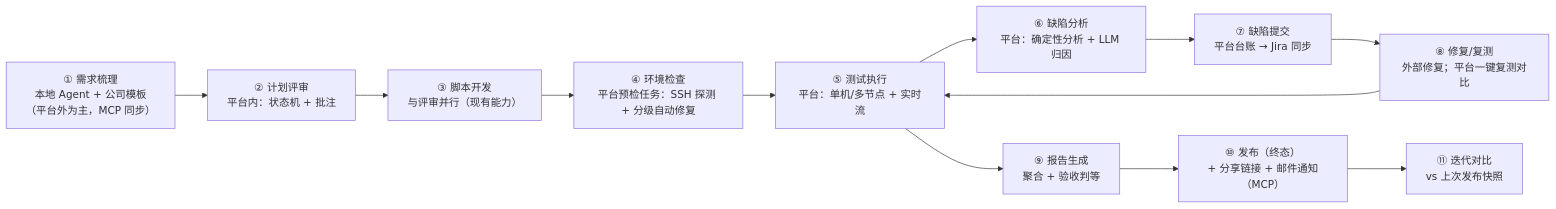
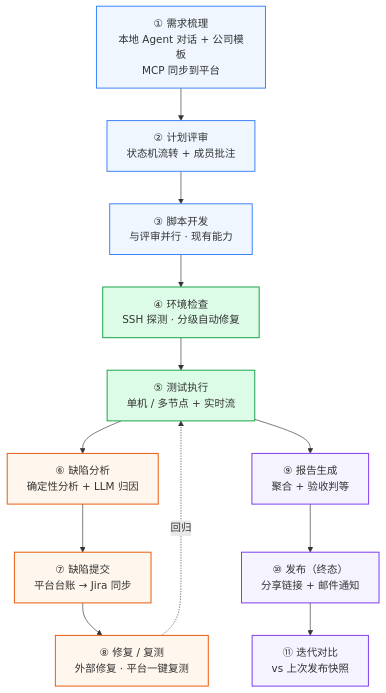
The second of 2 diagrams in docs/architecture-and-roadmap.md (wangk123/performance-test-platform), drawn with Mermaid before and after one commit. The commit also changed other lines of this file, not shown here.

First line of the commit message:
docs：重绘架构图——全景图分层着色，闭环图按阶段配色

````diff
--- a/docs/architecture-and-roadmap.md
+++ b/docs/architecture-and-roadmap.md
@@ -91,14 +112,23 @@
 ```mermaid
-flowchart LR
-    A["① 需求梳理<br/>本地 Agent + 公司模板<br/>（平台外为主，MCP 同步）"] --> B["② 计划评审<br/>平台内：状态机 + 批注"]
-    B --> S["③ 脚本开发<br/>与评审并行（现有能力）"]
-    S --> C["④ 环境检查<br/>平台预检任务：SSH 探测 + 分级自动修复"]
-    C --> D["⑤ 测试执行<br/>平台：单机/多节点 + 实时流"]
-    D --> E["⑥ 缺陷分析<br/>平台：确定性分析 + LLM 归因"]
+flowchart TB
+    A["① 需求梳理<br/>本地 Agent 对话 + 公司模板<br/>MCP 同步到平台"] --> B["② 计划评审<br/>状态机流转 + 成员批注"]
+    B --> S["③ 脚本开发<br/>与评审并行 · 现有能力"]
+    S --> C["④ 环境检查<br/>SSH 探测 · 分级自动修复"]
+    C --> D["⑤ 测试执行<br/>单机 / 多节点 + 实时流"]
+    D --> E["⑥ 缺陷分析<br/>确定性分析 + LLM 归因"]
     E --> F["⑦ 缺陷提交<br/>平台台账 → Jira 同步"]
-    F --> G["⑧ 修复/复测<br/>外部修复；平台一键复测对比"]
-    G --> D
+    F --> G["⑧ 修复 / 复测<br/>外部修复 · 平台一键复测"]
+    G -. 回归 .-> D
     D --> H["⑨ 报告生成<br/>聚合 + 验收判等"]
-    H --> I["⑩ 发布（终态）<br/>+ 分享链接 + 邮件通知（MCP）"]
+    H --> I["⑩ 发布（终态）<br/>分享链接 + 邮件通知"]
     I --> J["⑪ 迭代对比<br/>vs 上次发布快照"]
+
+    classDef prep fill:#EFF6FF,stroke:#3B82F6,stroke-width:1.5px
+    classDef run fill:#DCFCE7,stroke:#16A34A,stroke-width:1.5px
+    classDef defect fill:#FFF7ED,stroke:#EA580C,stroke-width:1.5px
+    classDef report fill:#F5F3FF,stroke:#7C3AED,stroke-width:1.5px
+    class A,B,S prep
+    class C,D run
+    class E,F,G defect
+    class H,I,J report
 ```
````
